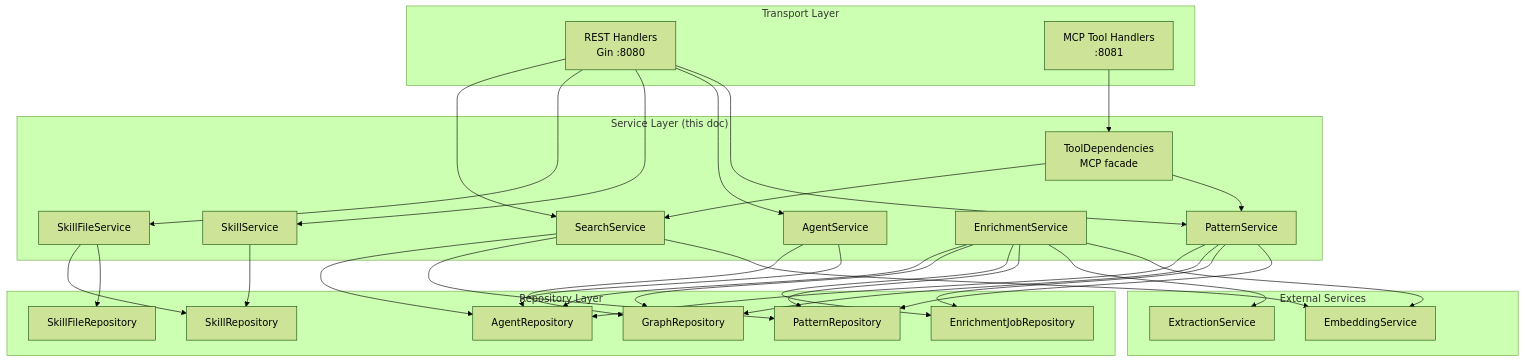
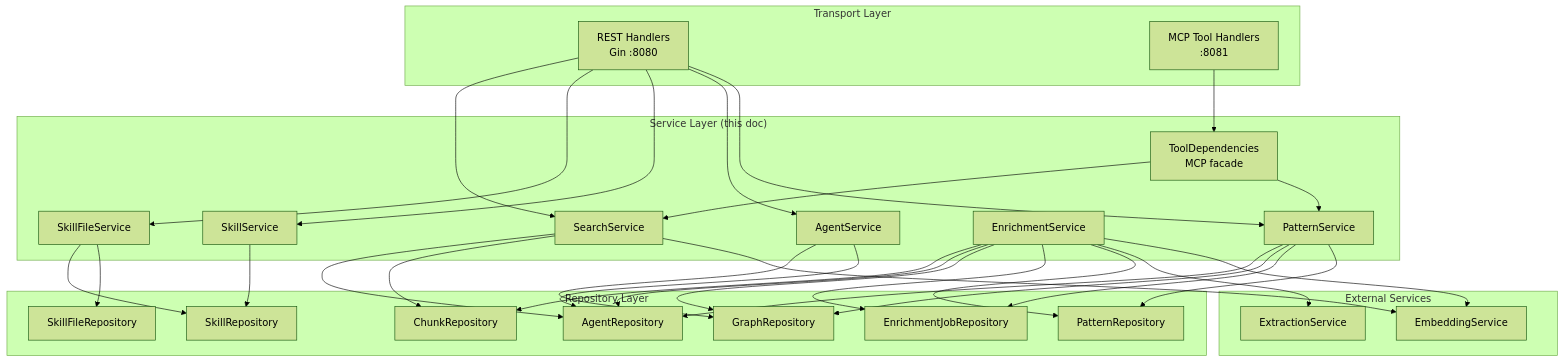
Before and after one commit to twistingmercury/mnemonic-mcp: the first of 3 diagrams in docs/design/service-layer.md, drawn with Mermaid (forest theme). The commit also changed other lines of this file and 45 other files, not shown here.

````diff
--- a/docs/design/service-layer.md
+++ b/docs/design/service-layer.md
@@ -81,61 +81,63 @@
 ```mermaid
 graph TB
     subgraph "Transport Layer"
         REST[REST Handlers<br/>Gin :8080]
         MCP[MCP Tool Handlers<br/>:8081]
     end
 
     subgraph "Service Layer (this doc)"
         PS[PatternService]
         AS[AgentService]
         SS[SkillService]
         SFS[SkillFileService]
         ES[EnrichmentService]
         SEARCH[SearchService]
         TD[ToolDependencies<br/>MCP facade]
     end
 
     subgraph "External Services"
         EMB[EmbeddingService]
         EXT[ExtractionService]
     end
 
     subgraph "Repository Layer"
         PR[PatternRepository]
         AR[AgentRepository]
         SR[SkillRepository]
         SFR[SkillFileRepository]
         EJR[EnrichmentJobRepository]
         GR[GraphRepository]
+        CR[ChunkRepository]
     end
 
     REST --> PS
     REST --> AS
     REST --> SS
     REST --> SFS
     REST --> SEARCH
 
     MCP --> TD
     TD --> PS
     TD --> SEARCH
 
     ES --> EMB
     ES --> EXT
     ES --> PR
     ES --> EJR
     ES --> GR
     ES --> AR
+    ES --> CR
     SEARCH --> EMB
-    SEARCH --> PR
+    SEARCH --> CR
     SEARCH --> AR
 
     PS --> PR
     PS --> EJR
     PS --> GR
     PS --> AR
     AS --> AR
     AS --> GR
     SS --> SR
     SFS --> SFR
     SFS --> SR
 ```
````
